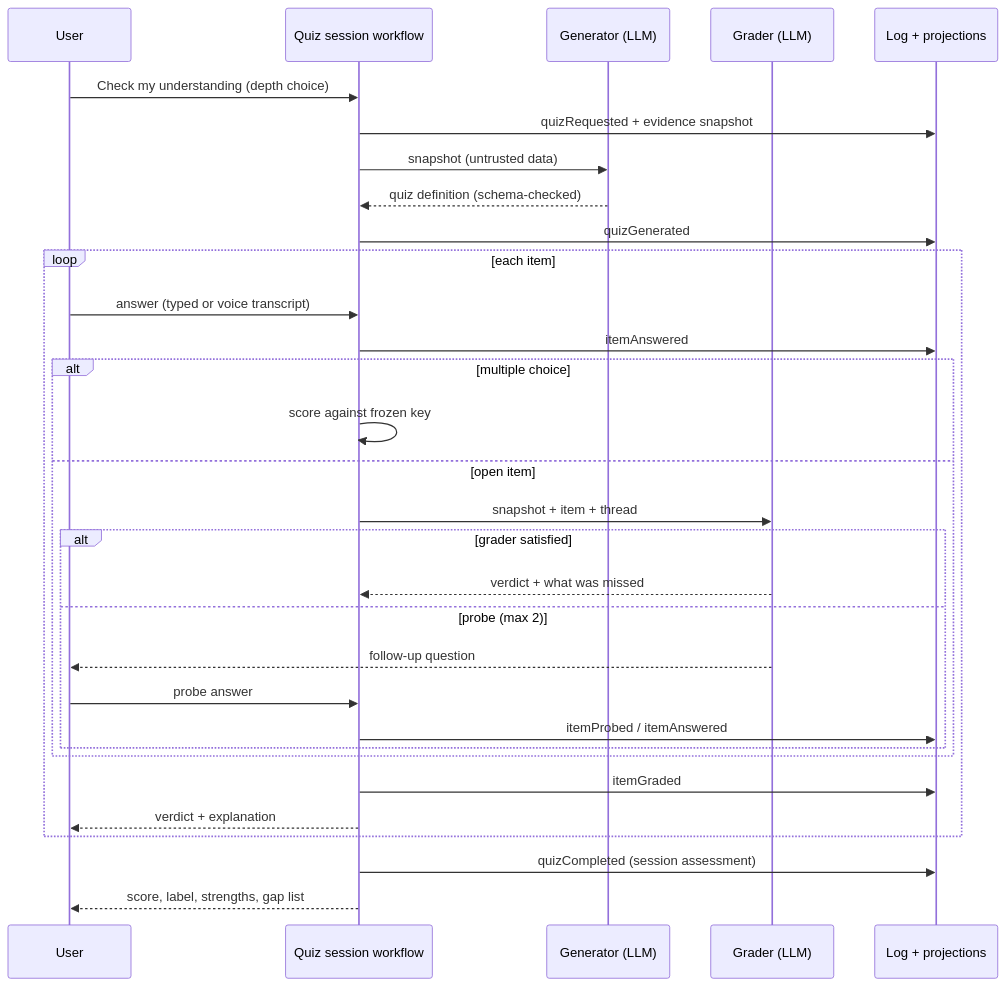
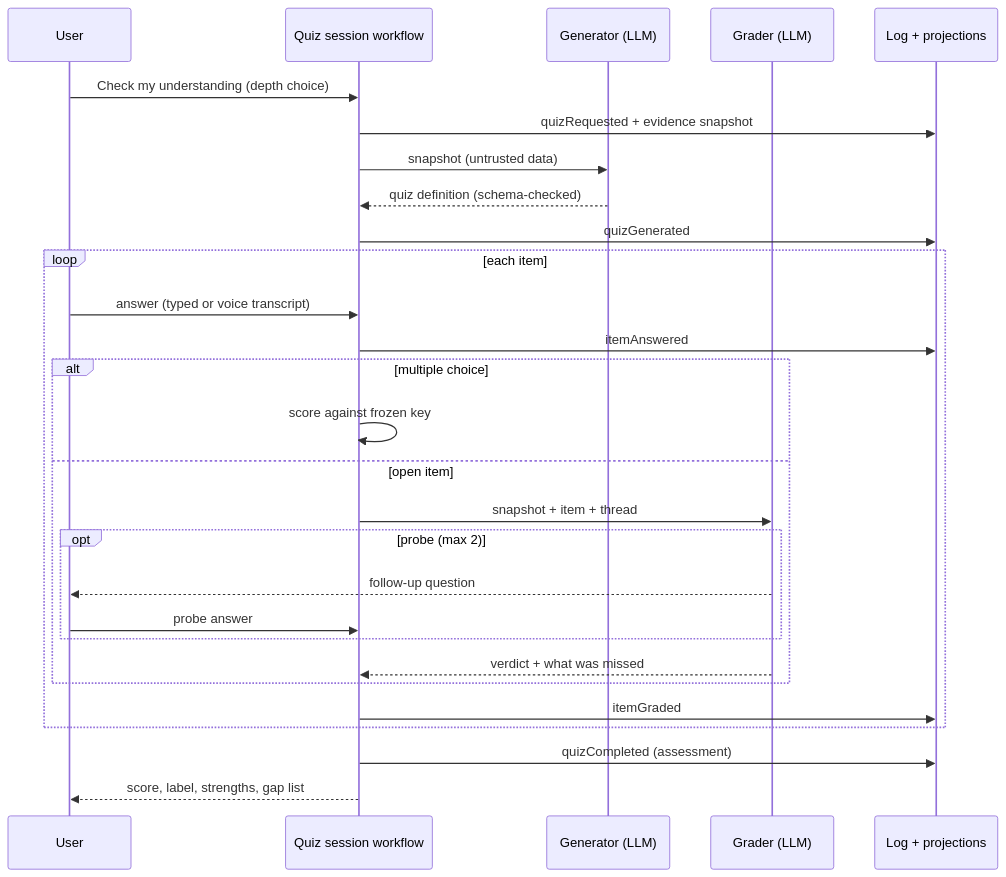
The first of 2 diagrams in docs/implementation_plans/2026-07-18_learning_understanding_verification_agent.md (matthiasn/lotti), drawn with Mermaid before and after one commit. The commit also changed other lines of this file and 4 other files, not shown here.

Commit message:
docs: condense learning plan and ADRs to roadmap-stage size

````diff
--- a/docs/implementation_plans/2026-07-18_learning_understanding_verification_agent.md
+++ b/docs/implementation_plans/2026-07-18_learning_understanding_verification_agent.md
@@ -174,34 +96,31 @@
 ```mermaid
 sequenceDiagram
   participant U as User
   participant S as Quiz session workflow
   participant G as Generator (LLM)
   participant R as Grader (LLM)
   participant P as Log + projections
 
   U->>S: Check my understanding (depth choice)
   S->>P: quizRequested + evidence snapshot
   S->>G: snapshot (untrusted data)
   G-->>S: quiz definition (schema-checked)
   S->>P: quizGenerated
   loop each item
     U->>S: answer (typed or voice transcript)
     S->>P: itemAnswered
     alt multiple choice
       S->>S: score against frozen key
     else open item
       S->>R: snapshot + item + thread
-      alt grader satisfied
-        R-->>S: verdict + what was missed
-      else probe (max 2)
+      opt probe (max 2)
         R-->>U: follow-up question
         U->>S: probe answer
-        S->>P: itemProbed / itemAnswered
       end
+      R-->>S: verdict + what was missed
     end
     S->>P: itemGraded
-    S-->>U: verdict + explanation
   end
-  S->>P: quizCompleted (session assessment)
+  S->>P: quizCompleted (assessment)
   S-->>U: score, label, strengths, gap list
 ```
````
